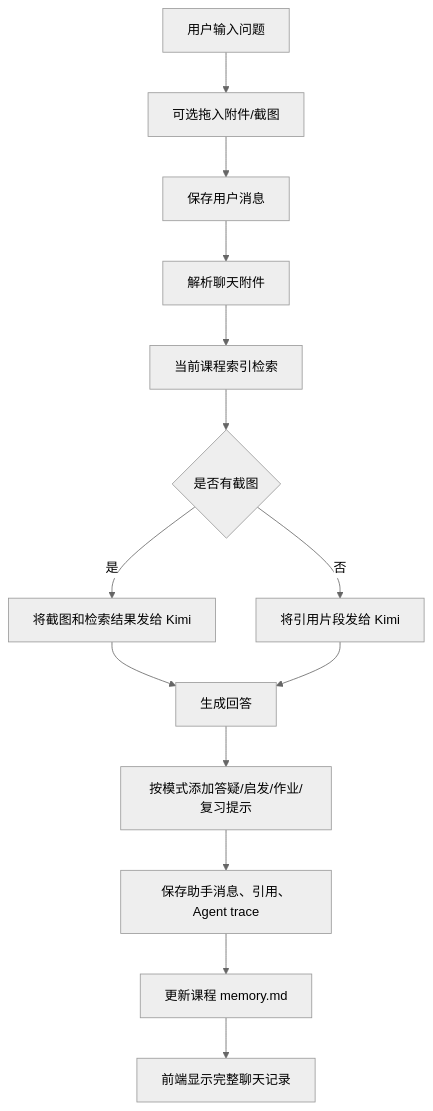
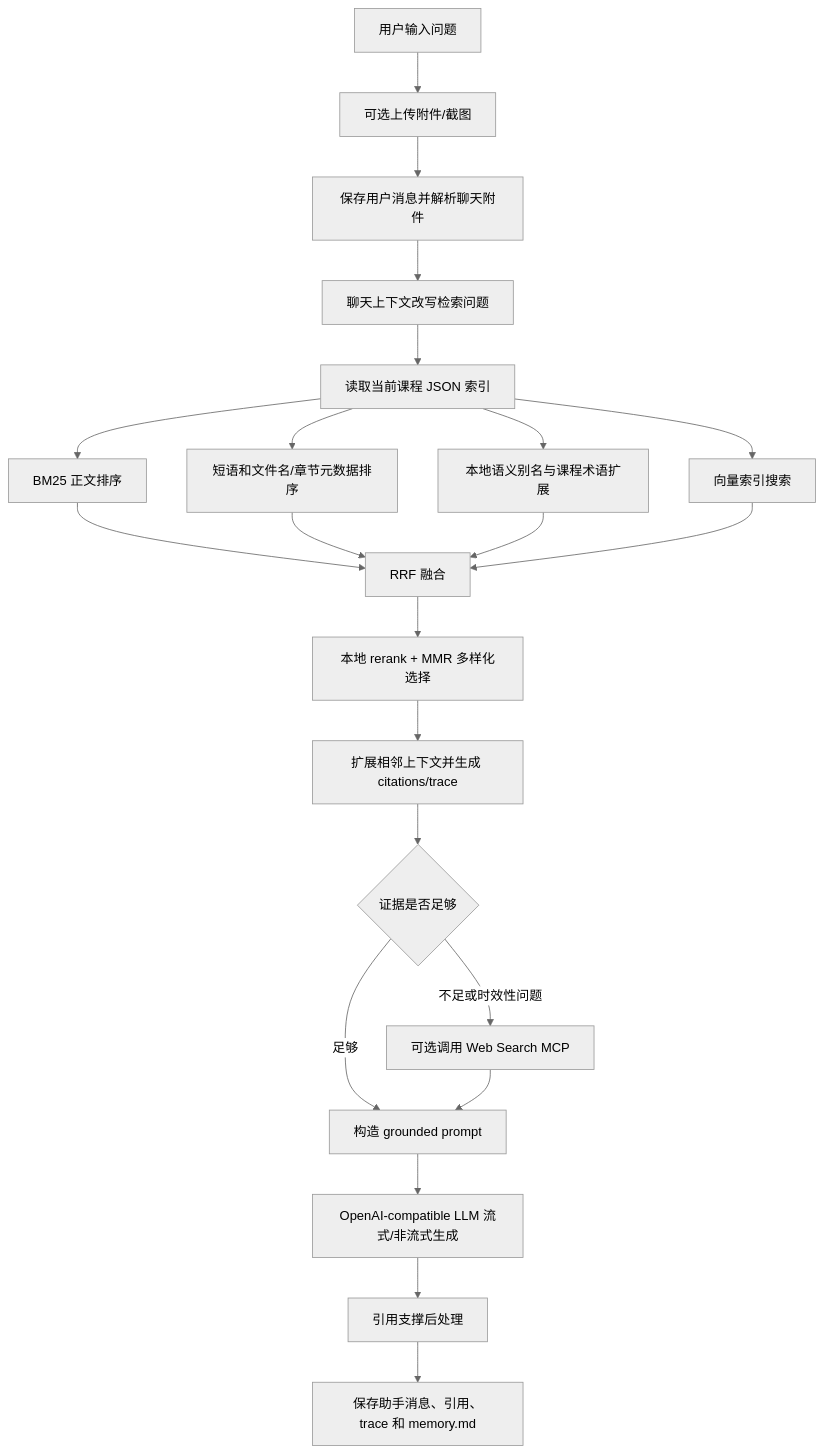
One commit to LuMH1027/ai-learn-assistant changed the seventh of 9 diagrams in docs/系统设计.md. Above: the diagram before and after it, drawn with Mermaid (neutral theme). The commit also changed other lines of this file and 26 other files, not shown here.

````diff
--- a/docs/系统设计.md
+++ b/docs/系统设计.md
@@ -201,16 +235,24 @@
 ```mermaid
 flowchart TD
-    A["用户输入问题"] --> B["可选拖入附件/截图"]
-    B --> C["保存用户消息"]
-    C --> D["解析聊天附件"]
-    D --> E["当前课程索引检索"]
-    E --> F{"是否有截图"}
-    F -- 是 --> G["将截图和检索结果发给 Kimi"]
-    F -- 否 --> H["将引用片段发给 Kimi"]
-    G --> I["生成回答"]
-    H --> I
-    I --> J["按模式添加答疑/启发/作业/复习提示"]
-    J --> K["保存助手消息、引用、Agent trace"]
-    K --> L["更新课程 memory.md"]
-    L --> M["前端显示完整聊天记录"]
+    A["用户输入问题"] --> B["可选上传附件/截图"]
+    B --> C["保存用户消息并解析聊天附件"]
+    C --> D["聊天上下文改写检索问题"]
+    D --> E["读取当前课程 JSON 索引"]
+    E --> F["BM25 正文排序"]
+    E --> G["短语和文件名/章节元数据排序"]
+    E --> H["本地语义别名与课程术语扩展"]
+    E --> I["向量索引搜索"]
+    F --> J["RRF 融合"]
+    G --> J
+    H --> J
+    I --> J
+    J --> K["本地 rerank + MMR 多样化选择"]
+    K --> L["扩展相邻上下文并生成 citations/trace"]
+    L --> M{"证据是否足够"}
+    M -- 足够 --> N["构造 grounded prompt"]
+    M -- 不足或时效性问题 --> O["可选调用 Web Search MCP"]
+    O --> N
+    N --> P["OpenAI-compatible LLM 流式/非流式生成"]
+    P --> Q["引用支撑后处理"]
+    Q --> R["保存助手消息、引用、trace 和 memory.md"]
 ```
````
